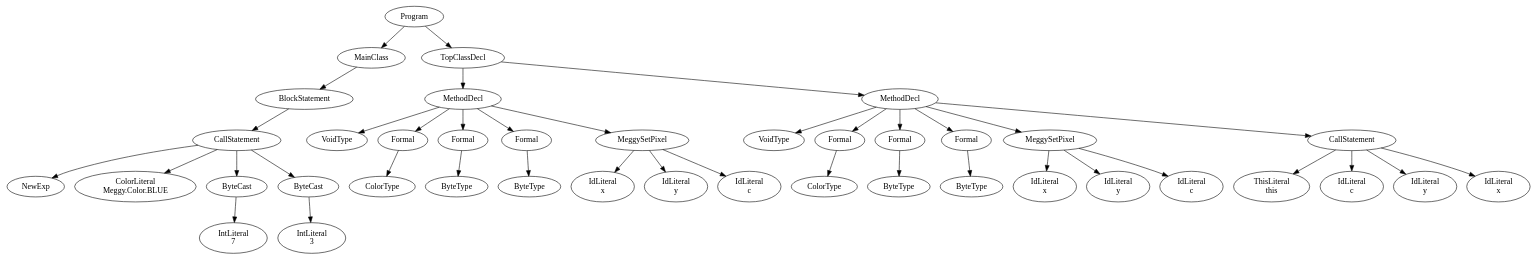
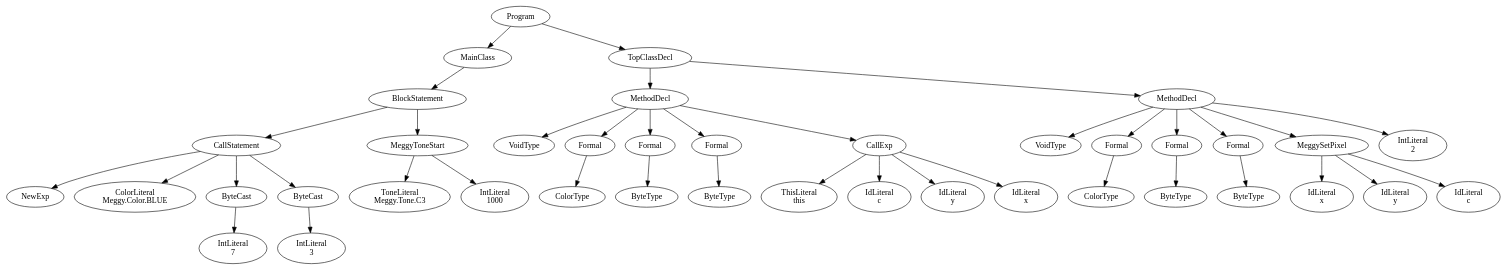
One commit to karmaUdel/Meggy-Java-Compiler changed the diagram in tst/PA4noDef.java.ast.dot. Above: the diagram before and after it, drawn with Graphviz. The commit also changed 97 other files, not shown here.

```diff
--- a/tst/PA4noDef.java.ast.dot
+++ b/tst/PA4noDef.java.ast.dot
@@ -1,81 +1,81 @@
 digraph ASTGraph {
 0 [ label="Program" ];
 1 [ label="MainClass" ];
 0 -> 1
 2 [ label="BlockStatement" ];
 1 -> 2
 3 [ label="CallStatement" ];
 2 -> 3
 4 [ label="NewExp" ];
 3 -> 4
 5 [ label="ColorLiteral\nMeggy.Color.BLUE" ];
 3 -> 5
 6 [ label="ByteCast" ];
 3 -> 6
 7 [ label="IntLiteral\n7" ];
 6 -> 7
 8 [ label="ByteCast" ];
 3 -> 8
 9 [ label="IntLiteral\n3" ];
 8 -> 9
-10 [ label="TopClassDecl" ];
-0 -> 10
-11 [ label="MethodDecl" ];
+10 [ label="MeggyToneStart" ];
+2 -> 10
+11 [ label="ToneLiteral\nMeggy.Tone.C3" ];
 10 -> 11
-12 [ label="VoidType" ];
-11 -> 12
-13 [ label="Formal" ];
-11 -> 13
-14 [ label="ColorType" ];
+12 [ label="IntLiteral\n1000" ];
+10 -> 12
+13 [ label="TopClassDecl" ];
+0 -> 13
+14 [ label="MethodDecl" ];
 13 -> 14
-15 [ label="Formal" ];
-11 -> 15
-16 [ label="ByteType" ];
-15 -> 16
-17 [ label="Formal" ];
-11 -> 17
-18 [ label="ByteType" ];
-17 -> 18
-19 [ label="MeggySetPixel" ];
-11 -> 19
-20 [ label="IdLiteral\nx" ];
-19 -> 20
-21 [ label="IdLiteral\ny" ];
-19 -> 21
-22 [ label="IdLiteral\nc" ];
-19 -> 22
-23 [ label="MethodDecl" ];
-10 -> 23
-24 [ label="VoidType" ];
-23 -> 24
-25 [ label="Formal" ];
-23 -> 25
-26 [ label="ColorType" ];
-25 -> 26
-27 [ label="Formal" ];
-23 -> 27
-28 [ label="ByteType" ];
+15 [ label="VoidType" ];
+14 -> 15
+16 [ label="Formal" ];
+14 -> 16
+17 [ label="ColorType" ];
+16 -> 17
+18 [ label="Formal" ];
+14 -> 18
+19 [ label="ByteType" ];
+18 -> 19
+20 [ label="Formal" ];
+14 -> 20
+21 [ label="ByteType" ];
+20 -> 21
+22 [ label="CallExp" ];
+14 -> 22
+23 [ label="ThisLiteral\nthis" ];
+22 -> 23
+24 [ label="IdLiteral\nc" ];
+22 -> 24
+25 [ label="IdLiteral\ny" ];
+22 -> 25
+26 [ label="IdLiteral\nx" ];
+22 -> 26
+27 [ label="MethodDecl" ];
+13 -> 27
+28 [ label="VoidType" ];
 27 -> 28
 29 [ label="Formal" ];
-23 -> 29
-30 [ label="ByteType" ];
+27 -> 29
+30 [ label="ColorType" ];
 29 -> 30
-31 [ label="MeggySetPixel" ];
-23 -> 31
-32 [ label="IdLiteral\nx" ];
+31 [ label="Formal" ];
+27 -> 31
+32 [ label="ByteType" ];
 31 -> 32
-33 [ label="IdLiteral\ny" ];
-31 -> 33
-34 [ label="IdLiteral\nc" ];
-31 -> 34
-35 [ label="CallStatement" ];
-23 -> 35
-36 [ label="ThisLiteral\nthis" ];
+33 [ label="Formal" ];
+27 -> 33
+34 [ label="ByteType" ];
+33 -> 34
+35 [ label="MeggySetPixel" ];
+27 -> 35
+36 [ label="IdLiteral\nx" ];
 35 -> 36
-37 [ label="IdLiteral\nc" ];
+37 [ label="IdLiteral\ny" ];
 35 -> 37
-38 [ label="IdLiteral\ny" ];
+38 [ label="IdLiteral\nc" ];
 35 -> 38
-39 [ label="IdLiteral\nx" ];
-35 -> 39
+39 [ label="IntLiteral\n2" ];
+27 -> 39
 }
```
